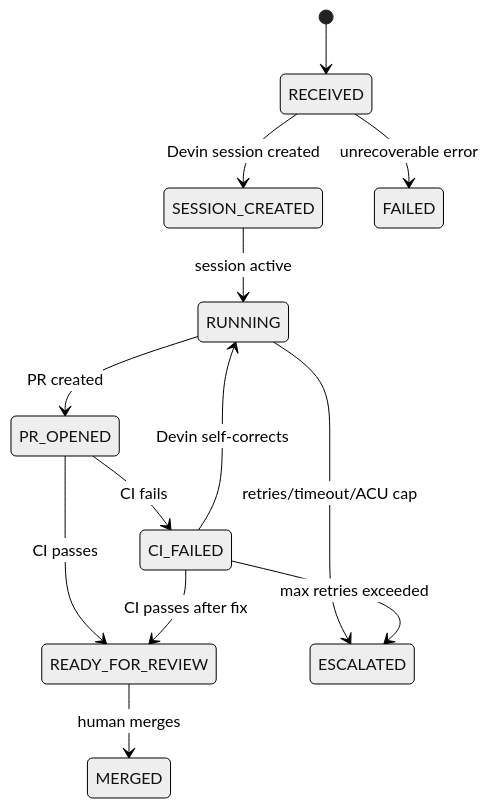
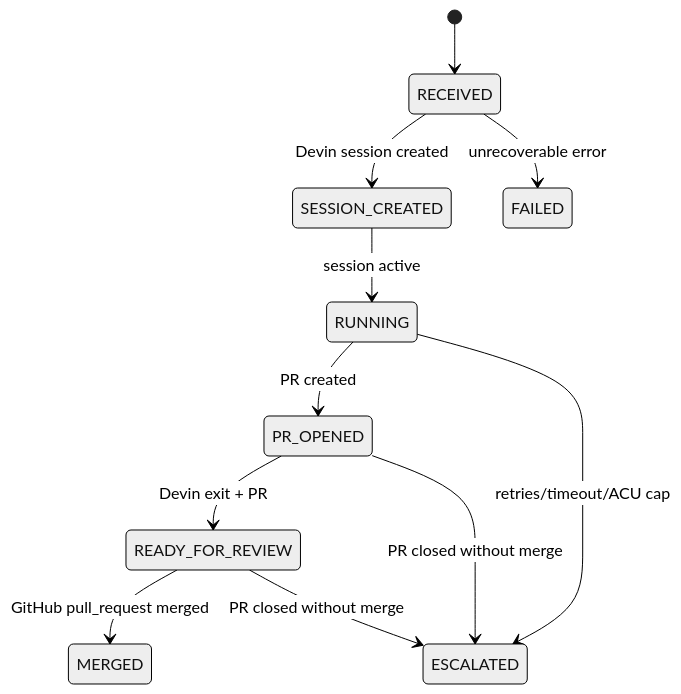
Before and after one commit to onefifteen-z/devin-remediation-orchestrator: the fourth of 5 diagrams in docs/architecture.md, drawn with Mermaid (neutral theme). The commit also changed other lines of this file and 31 other files, not shown here.

First line of the commit message:
feat: implement GitHub event-driven remediation lifecycle

````diff
--- a/docs/architecture.md
+++ b/docs/architecture.md
@@ -69,15 +89,13 @@
 ```mermaid
 stateDiagram-v2
   [*] --> RECEIVED
   RECEIVED --> SESSION_CREATED: Devin session created
   SESSION_CREATED --> RUNNING: session active
   RUNNING --> PR_OPENED: PR created
-  PR_OPENED --> CI_FAILED: CI fails
-  CI_FAILED --> RUNNING: Devin self-corrects
-  PR_OPENED --> READY_FOR_REVIEW: CI passes
-  CI_FAILED --> READY_FOR_REVIEW: CI passes after fix
-  READY_FOR_REVIEW --> MERGED: human merges
+  PR_OPENED --> READY_FOR_REVIEW: Devin exit + PR
+  READY_FOR_REVIEW --> MERGED: GitHub pull_request merged
+  PR_OPENED --> ESCALATED: PR closed without merge
+  READY_FOR_REVIEW --> ESCALATED: PR closed without merge
   RECEIVED --> FAILED: unrecoverable error
   RUNNING --> ESCALATED: retries/timeout/ACU cap
-  CI_FAILED --> ESCALATED: max retries exceeded
 ```
````
